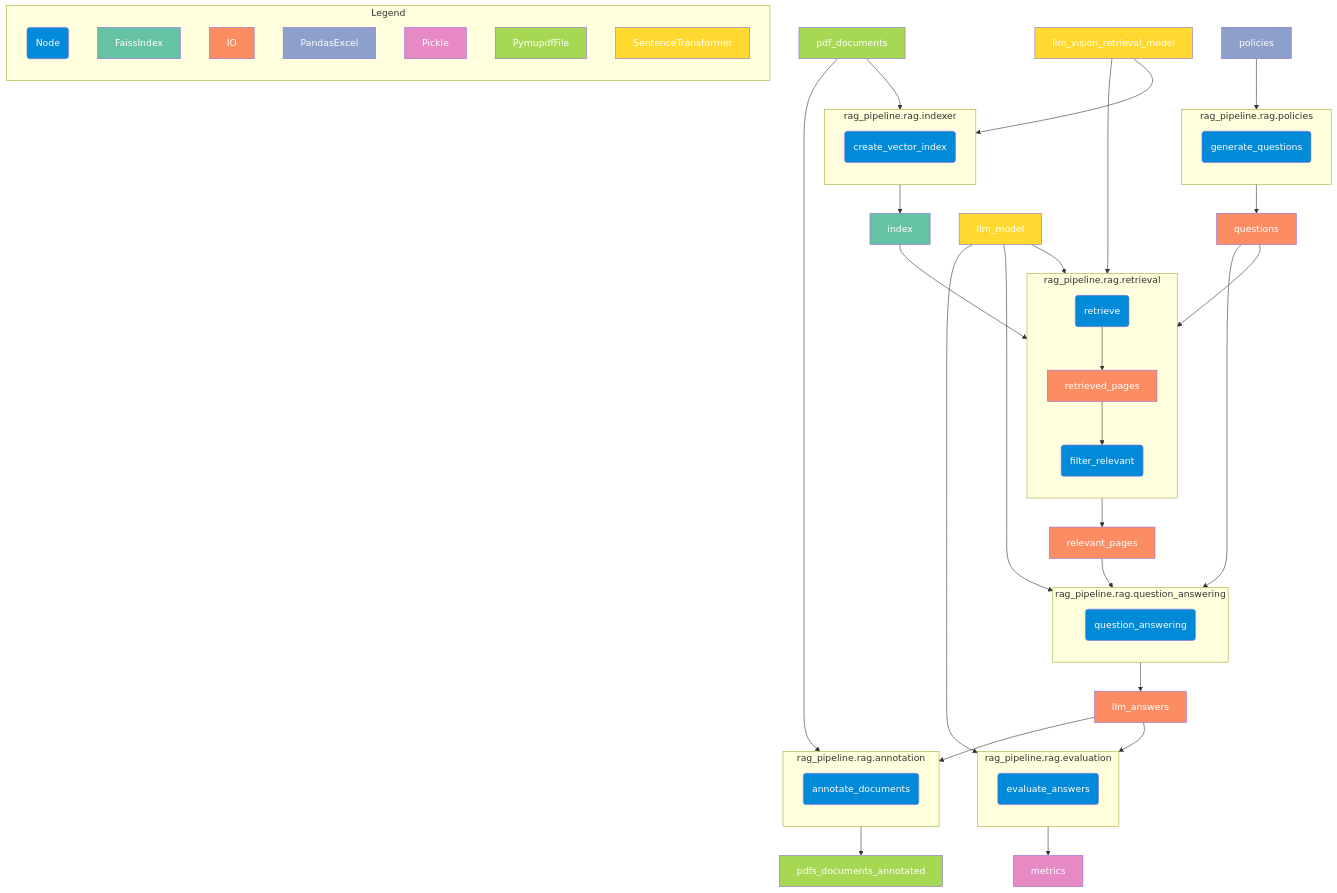
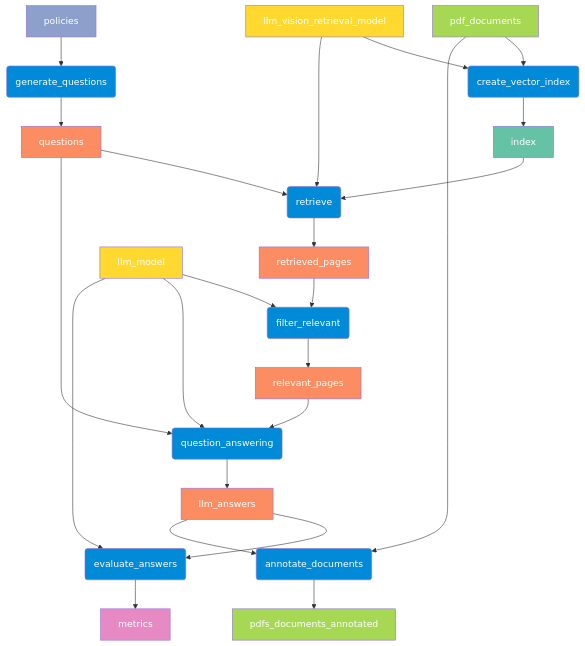
Before and after one commit to ing-bank/ordeq: the diagram in examples/rag-pipeline-scaffold/rag_pipeline.mermaid, drawn with Mermaid. The commit also changed 32 other files, not shown here.

```diff
--- a/examples/rag-pipeline-scaffold/rag_pipeline.mermaid
+++ b/examples/rag-pipeline-scaffold/rag_pipeline.mermaid
@@ -1,87 +1,58 @@
 graph TB
-	subgraph legend["Legend"]
-		direction TB
-		node_type@{shape: rounded, label: "Node"}
-		io_type_0@{shape: rect, label: "FaissIndex"}
-		io_type_1@{shape: rect, label: "IO"}
-		io_type_2@{shape: rect, label: "PandasExcel"}
-		io_type_3@{shape: rect, label: "Pickle"}
-		io_type_4@{shape: rect, label: "PymupdfFile"}
-		io_type_5@{shape: rect, label: "SentenceTransformer"}
-	end
-
 	rag_pipeline.catalog:pdf_documents --> rag_pipeline.rag.indexer:create_vector_index
 	rag_pipeline.catalog:llm_vision_retrieval_model --> rag_pipeline.rag.indexer:create_vector_index
 	rag_pipeline.rag.indexer:create_vector_index --> rag_pipeline.catalog:index
 	rag_pipeline.catalog:policies --> rag_pipeline.rag.policies:generate_questions
 	rag_pipeline.rag.policies:generate_questions --> rag_pipeline.catalog:questions
 	rag_pipeline.catalog:index --> rag_pipeline.rag.retrieval:retrieve
 	rag_pipeline.catalog:questions --> rag_pipeline.rag.retrieval:retrieve
 	rag_pipeline.catalog:llm_vision_retrieval_model --> rag_pipeline.rag.retrieval:retrieve
 	rag_pipeline.rag.retrieval:retrieve --> rag_pipeline.catalog:retrieved_pages
 	rag_pipeline.catalog:retrieved_pages --> rag_pipeline.rag.retrieval:filter_relevant
 	rag_pipeline.catalog:llm_model --> rag_pipeline.rag.retrieval:filter_relevant
 	rag_pipeline.rag.retrieval:filter_relevant --> rag_pipeline.catalog:relevant_pages
 	rag_pipeline.catalog:questions --> rag_pipeline.rag.question_answering:question_answering
 	rag_pipeline.catalog:relevant_pages --> rag_pipeline.rag.question_answering:question_answering
 	rag_pipeline.catalog:llm_model --> rag_pipeline.rag.question_answering:question_answering
 	rag_pipeline.rag.question_answering:question_answering --> rag_pipeline.catalog:llm_answers
 	rag_pipeline.catalog:llm_answers --> rag_pipeline.rag.evaluation:evaluate_answers
 	rag_pipeline.catalog:llm_model --> rag_pipeline.rag.evaluation:evaluate_answers
 	rag_pipeline.rag.evaluation:evaluate_answers --> rag_pipeline.catalog:metrics
 	rag_pipeline.catalog:llm_answers --> rag_pipeline.rag.annotation:annotate_documents
 	rag_pipeline.catalog:pdf_documents --> rag_pipeline.rag.annotation:annotate_documents
 	rag_pipeline.rag.annotation:annotate_documents --> rag_pipeline.catalog:pdfs_documents_annotated
 
-	subgraph s0["rag_pipeline.rag.indexer"]
-		direction TB
-		rag_pipeline.rag.indexer:create_vector_index@{shape: rounded, label: "create_vector_index"}
-	end
-	subgraph s1["rag_pipeline.rag.policies"]
-		direction TB
-		rag_pipeline.rag.policies:generate_questions@{shape: rounded, label: "generate_questions"}
-	end
-	subgraph s2["rag_pipeline.rag.retrieval"]
-		direction TB
-		rag_pipeline.rag.retrieval:retrieve@{shape: rounded, label: "retrieve"}
-		rag_pipeline.rag.retrieval:filter_relevant@{shape: rounded, label: "filter_relevant"}
-		rag_pipeline.catalog:retrieved_pages@{shape: rect, label: "retrieved_pages"}
-	end
-	subgraph s3["rag_pipeline.rag.question_answering"]
-		direction TB
-		rag_pipeline.rag.question_answering:question_answering@{shape: rounded, label: "question_answering"}
-	end
-	subgraph s4["rag_pipeline.rag.evaluation"]
-		direction TB
-		rag_pipeline.rag.evaluation:evaluate_answers@{shape: rounded, label: "evaluate_answers"}
-	end
-	subgraph s5["rag_pipeline.rag.annotation"]
-		direction TB
-		rag_pipeline.rag.annotation:annotate_documents@{shape: rounded, label: "annotate_documents"}
-	end
+	rag_pipeline.rag.indexer:create_vector_index@{shape: rounded, label: "create_vector_index"}
+	rag_pipeline.rag.policies:generate_questions@{shape: rounded, label: "generate_questions"}
+	rag_pipeline.rag.retrieval:retrieve@{shape: rounded, label: "retrieve"}
+	rag_pipeline.rag.retrieval:filter_relevant@{shape: rounded, label: "filter_relevant"}
+	rag_pipeline.catalog:retrieved_pages@{shape: rect, label: "retrieved_pages"}
+	rag_pipeline.rag.question_answering:question_answering@{shape: rounded, label: "question_answering"}
+	rag_pipeline.rag.evaluation:evaluate_answers@{shape: rounded, label: "evaluate_answers"}
+	rag_pipeline.rag.annotation:annotate_documents@{shape: rounded, label: "annotate_documents"}
 	rag_pipeline.catalog:index@{shape: rect, label: "index"}
 	rag_pipeline.catalog:llm_answers@{shape: rect, label: "llm_answers"}
 	rag_pipeline.catalog:llm_model@{shape: rect, label: "llm_model"}
 	rag_pipeline.catalog:llm_vision_retrieval_model@{shape: rect, label: "llm_vision_retrieval_model"}
 	rag_pipeline.catalog:metrics@{shape: rect, label: "metrics"}
 	rag_pipeline.catalog:pdf_documents@{shape: rect, label: "pdf_documents"}
 	rag_pipeline.catalog:pdfs_documents_annotated@{shape: rect, label: "pdfs_documents_annotated"}
 	rag_pipeline.catalog:policies@{shape: rect, label: "policies"}
 	rag_pipeline.catalog:questions@{shape: rect, label: "questions"}
 	rag_pipeline.catalog:relevant_pages@{shape: rect, label: "relevant_pages"}
 
-	class node_type,rag_pipeline.rag.indexer:create_vector_index,rag_pipeline.rag.policies:generate_questions,rag_pipeline.rag.retrieval:retrieve,rag_pipeline.rag.retrieval:filter_relevant,rag_pipeline.rag.question_answering:question_answering,rag_pipeline.rag.evaluation:evaluate_answers,rag_pipeline.rag.annotation:annotate_documents node
-	class io_type_0,rag_pipeline.catalog:index io0
-	class io_type_1,rag_pipeline.catalog:retrieved_pages,rag_pipeline.catalog:llm_answers,rag_pipeline.catalog:questions,rag_pipeline.catalog:relevant_pages io1
-	class io_type_2,rag_pipeline.catalog:policies io2
-	class io_type_3,rag_pipeline.catalog:metrics io3
-	class io_type_4,rag_pipeline.catalog:pdf_documents,rag_pipeline.catalog:pdfs_documents_annotated io4
-	class io_type_5,rag_pipeline.catalog:llm_model,rag_pipeline.catalog:llm_vision_retrieval_model io5
+	class rag_pipeline.rag.indexer:create_vector_index,rag_pipeline.rag.policies:generate_questions,rag_pipeline.rag.retrieval:retrieve,rag_pipeline.rag.retrieval:filter_relevant,rag_pipeline.rag.question_answering:question_answering,rag_pipeline.rag.evaluation:evaluate_answers,rag_pipeline.rag.annotation:annotate_documents node
+	class rag_pipeline.catalog:retrieved_pages,rag_pipeline.catalog:llm_answers,rag_pipeline.catalog:questions,rag_pipeline.catalog:relevant_pages io1
+	class rag_pipeline.catalog:index io0
+	class rag_pipeline.catalog:llm_model,rag_pipeline.catalog:llm_vision_retrieval_model io5
+	class rag_pipeline.catalog:metrics io3
+	class rag_pipeline.catalog:pdf_documents,rag_pipeline.catalog:pdfs_documents_annotated io4
+	class rag_pipeline.catalog:policies io2
 	classDef node fill:#008AD7,color:#FFF
 	classDef io fill:#FFD43B
 	classDef io0 fill:#66c2a5
 	classDef io1 fill:#fc8d62
 	classDef io2 fill:#8da0cb
 	classDef io3 fill:#e78ac3
 	classDef io4 fill:#a6d854
 	classDef io5 fill:#ffd92f
```
